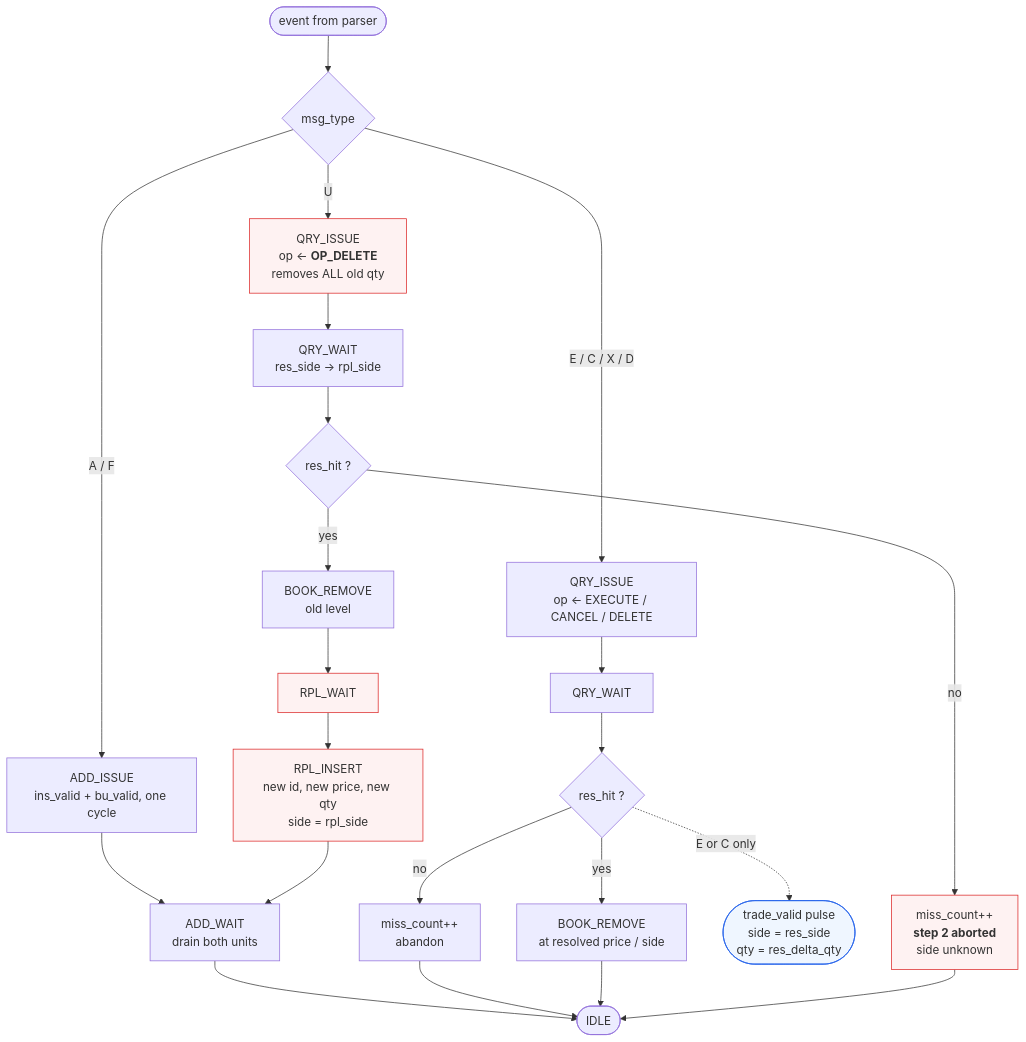
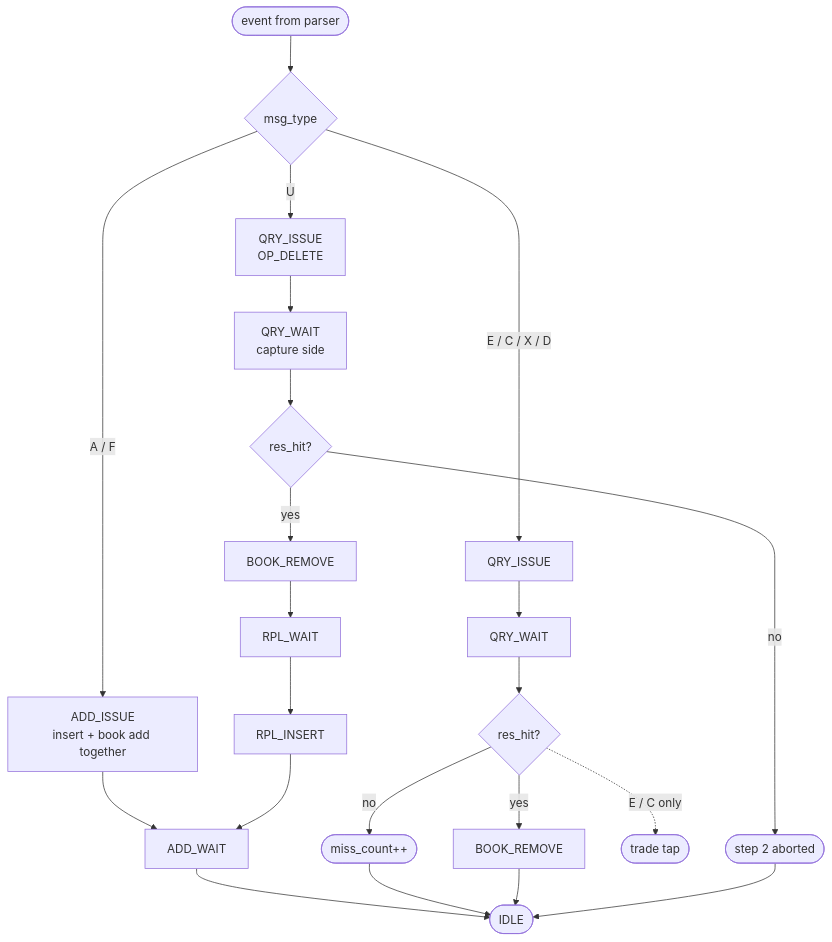
The second of 4 diagrams in docs/diagrams/event_dispatcher.md (Rushmello369/fpga-feed-handler), drawn with Mermaid before and after one commit. The commit also changed other lines of this file and 12 other files, not shown here.

Commit message:
add diagrams for system and module architectures

````diff
--- a/docs/diagrams/event_dispatcher.md
+++ b/docs/diagrams/event_dispatcher.md
@@ -49,33 +34,27 @@
 ```mermaid
 flowchart TD
-    EV(["event from parser"])
-    EV --> T{"msg_type"}
+    EV([event from parser]) --> T{msg_type}
 
-    T -->|"A / F"| A1["ADD_ISSUE<br/>ins_valid + bu_valid, one cycle"]
-    A1 --> A2["ADD_WAIT<br/>drain both units"]
-    A2 --> DONE(["IDLE"])
+    T -->|A / F| A1[ADD_ISSUE<br/>insert + book add together]
+    A1 --> A2[ADD_WAIT]
+    A2 --> DONE([IDLE])
 
-    T -->|"E / C / X / D"| B1["QRY_ISSUE<br/>op ← EXECUTE / CANCEL / DELETE"]
-    B1 --> B2["QRY_WAIT"]
-    B2 --> B3{"res_hit ?"}
-    B3 -->|no| B4["miss_count++<br/>abandon"]
+    T -->|E / C / X / D| B1[QRY_ISSUE]
+    B1 --> B2[QRY_WAIT]
+    B2 --> B3{res_hit?}
+    B3 -->|no| B4([miss_count++])
     B4 --> DONE
-    B3 -->|yes| B5["BOOK_REMOVE<br/>at resolved price / side"]
+    B3 -->|yes| B5[BOOK_REMOVE]
     B5 --> DONE
-    B3 -.->|"E or C only"| TT(["trade_valid pulse<br/>side = res_side<br/>qty = res_delta_qty"])
+    B3 -.->|E / C only| TT([trade tap])
 
-    T -->|"U"| C1["QRY_ISSUE<br/>op ← <b>OP_DELETE</b><br/>removes ALL old qty"]
-    C1 --> C2["QRY_WAIT<br/>res_side → rpl_side"]
-    C2 --> C3{"res_hit ?"}
-    C3 -->|no| C4["miss_count++<br/><b>step 2 aborted</b><br/>side unknown"]
+    T -->|U| C1[QRY_ISSUE<br/>OP_DELETE]
+    C1 --> C2[QRY_WAIT<br/>capture side]
+    C2 --> C3{res_hit?}
+    C3 -->|no| C4([step 2 aborted])
     C4 --> DONE
-    C3 -->|yes| C5["BOOK_REMOVE<br/>old level"]
-    C5 --> C6["RPL_WAIT"]
-    C6 --> C7["RPL_INSERT<br/>new id, new price, new qty<br/>side = rpl_side"]
+    C3 -->|yes| C5[BOOK_REMOVE]
+    C5 --> C6[RPL_WAIT]
+    C6 --> C7[RPL_INSERT]
     C7 --> A2
-
-    classDef warn fill:#fef2f2,stroke:#dc2626
-    classDef trade fill:#eff6ff,stroke:#2563eb
-    class C1,C4,C6,C7 warn
-    class TT trade
 ```
````
